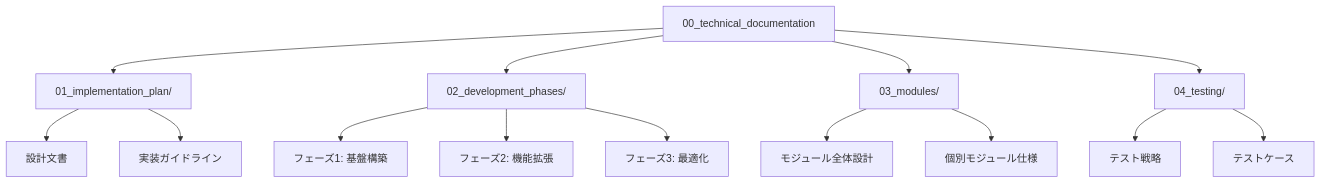
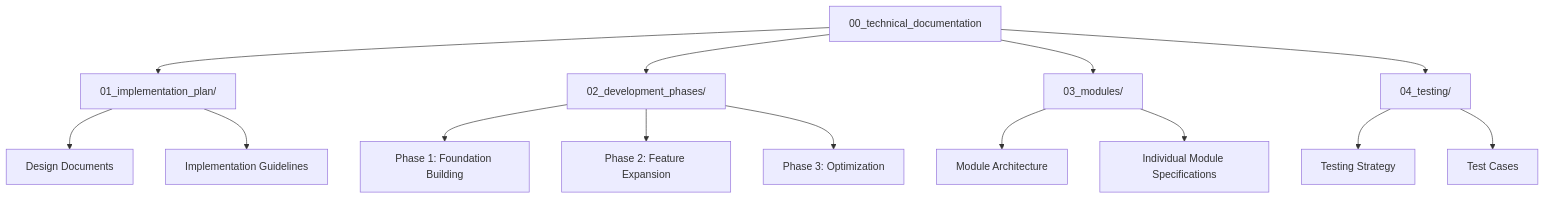
Before and after one commit to eda3/edv: the diagram in docs-en/00_technical_documentation/README.md, drawn with Mermaid. The commit also changed other lines of this file, not shown here.

````diff
--- a/docs-en/00_technical_documentation/README.md
+++ b/docs-en/00_technical_documentation/README.md
@@ -7,20 +7,20 @@
 ```mermaid
 flowchart TD
     Root["00_technical_documentation"] --> Implementation["01_implementation_plan/"]
     Root --> Phases["02_development_phases/"]
     Root --> Modules["03_modules/"]
     Root --> Testing["04_testing/"]
     
-    Implementation --> Design["設計文書"]
-    Implementation --> Guide["実装ガイドライン"]
+    Implementation --> Design["Design Documents"]
+    Implementation --> Guide["Implementation Guidelines"]
     
-    Phases --> Phase1["フェーズ1: 基盤構築"]
-    Phases --> Phase2["フェーズ2: 機能拡張"]
-    Phases --> Phase3["フェーズ3: 最適化"]
+    Phases --> Phase1["Phase 1: Foundation Building"]
+    Phases --> Phase2["Phase 2: Feature Expansion"]
+    Phases --> Phase3["Phase 3: Optimization"]
     
-    Modules --> Architecture["モジュール全体設計"]
-    Modules --> ModuleSpecs["個別モジュール仕様"]
+    Modules --> Architecture["Module Architecture"]
+    Modules --> ModuleSpecs["Individual Module Specifications"]
     
-    Testing --> Strategy["テスト戦略"]
-    Testing --> Cases["テストケース"]
+    Testing --> Strategy["Testing Strategy"]
+    Testing --> Cases["Test Cases"]
 ```
````
